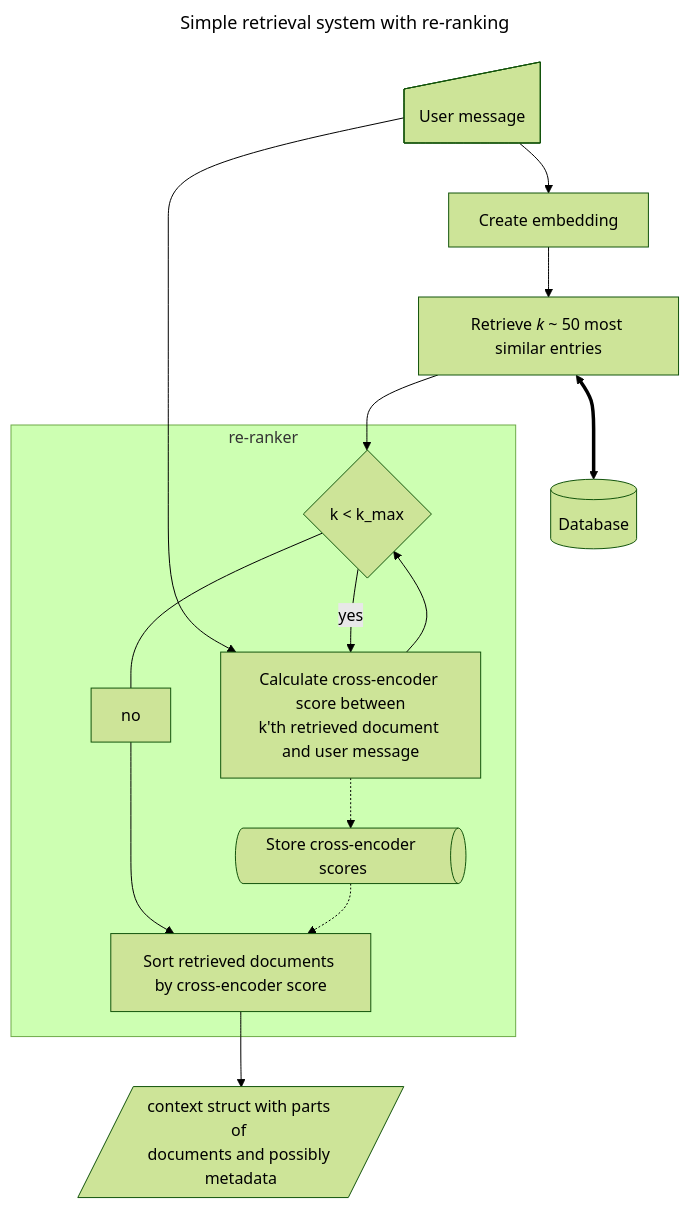
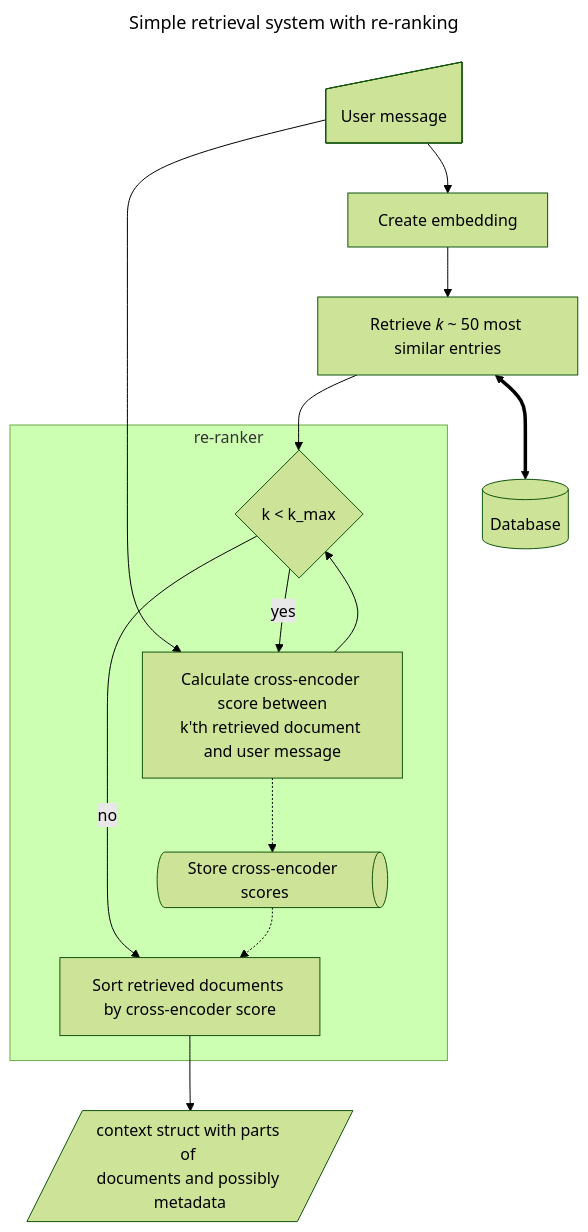
One commit to DKAndreasen/public-genai-governance changed the second of 2 diagrams in docs/background/rag/retrival_system.md. Above: the diagram before and after it, drawn with Mermaid (forest theme).

Commit message:
fix text on link again

````diff
--- a/docs/background/rag/retrival_system.md
+++ b/docs/background/rag/retrival_system.md
@@ -31,32 +31,32 @@
 ```mermaid
 ---
 title: Simple retrieval system with re-ranking
 ---
 graph TD;
     db[(Database)]
     input@{ shape: manual-input, label: "User message" }
     embed["Create embedding"]
     retriever["`Retrieve _k_ ~ 50 most similar entries`"]
     output@{ shape: in-out, label: "context struct with parts of 
     documents and possibly metadata" }
     input --> embed
     embed --> retriever
     retriever <==> db
     retriever --> loopCondition
     input ----> crossEncoder
     
     subgraph re-ranker
         loopCondition@{ shape: decision, label: "k &lt; k_max"}
         crossEncoder["`Calculate cross-encoder score between
         k'th retrieved document and user message`"]
         storage@{ shape: das, label: "Store cross-encoder scores"}
         sorter["Sort retrieved documents by cross-encoder score"]
         loopCondition -- yes --> crossEncoder
         
         crossEncoder --> loopCondition
-        loopCondition --- no ---> sorter
+        loopCondition -- no ---> sorter
         crossEncoder -.-> storage
         storage -.-> sorter
     end
     sorter --> output
 ```
````
